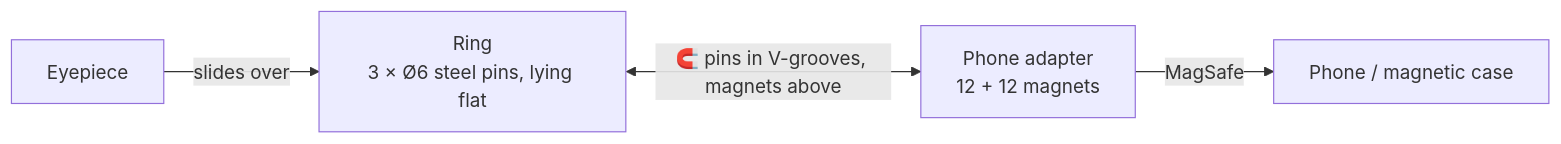
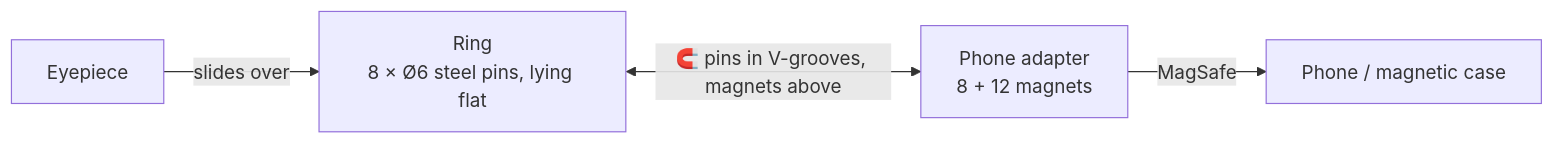
Before and after one commit to tofijak/kestrel: the diagram in README.md, drawn with Mermaid. The commit also changed other lines of this file and 39 other files, not shown here.

First line of the commit message:
Coupling v2: 8 pins in 8 grooves, one pin under every magnet

````diff
--- a/README.md
+++ b/README.md
@@ -39,6 +39,6 @@
 ```mermaid
 flowchart LR
-    E[Eyepiece] -- slides over --> R[Ring<br/>3 × Ø6 steel pins, lying flat]
-    R <-- "🧲 pins in V-grooves, magnets above" --> A[Phone adapter<br/>12 + 12 magnets]
+    E[Eyepiece] -- slides over --> R[Ring<br/>8 × Ø6 steel pins, lying flat]
+    R <-- "🧲 pins in V-grooves, magnets above" --> A[Phone adapter<br/>8 + 12 magnets]
     A -- MagSafe --> P[Phone / magnetic case]
 ```
````
